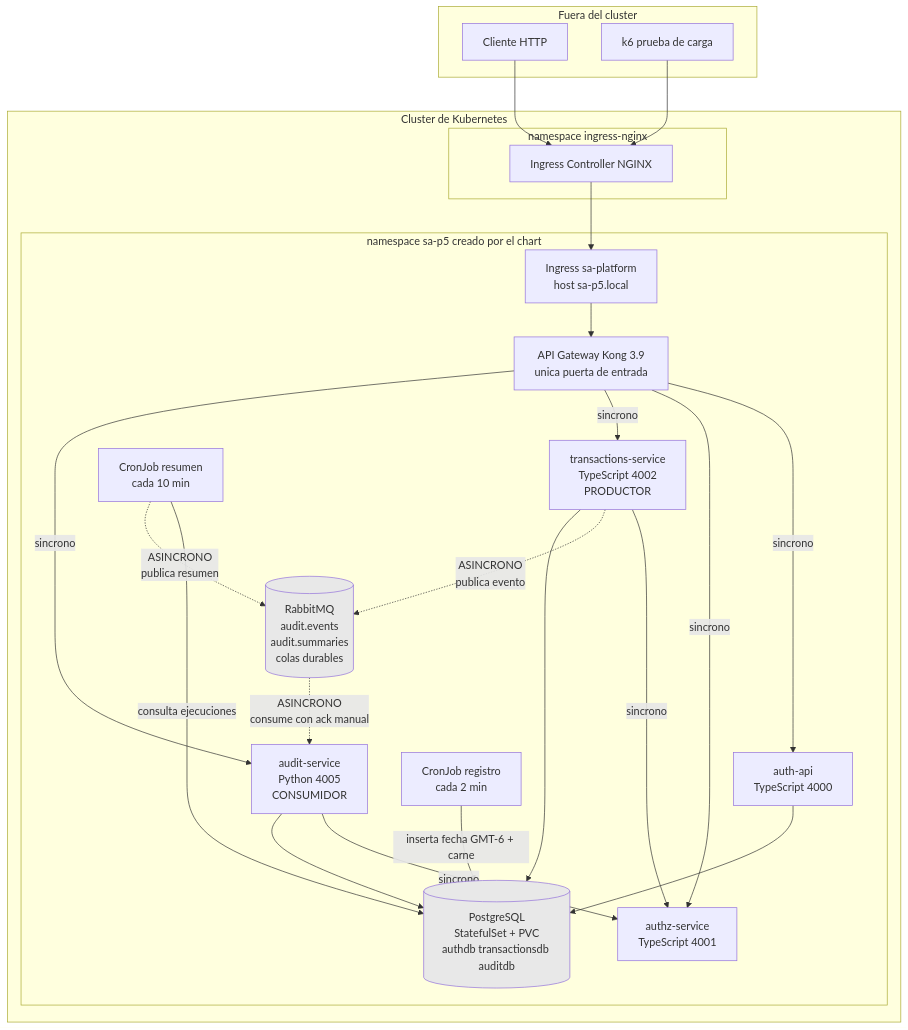
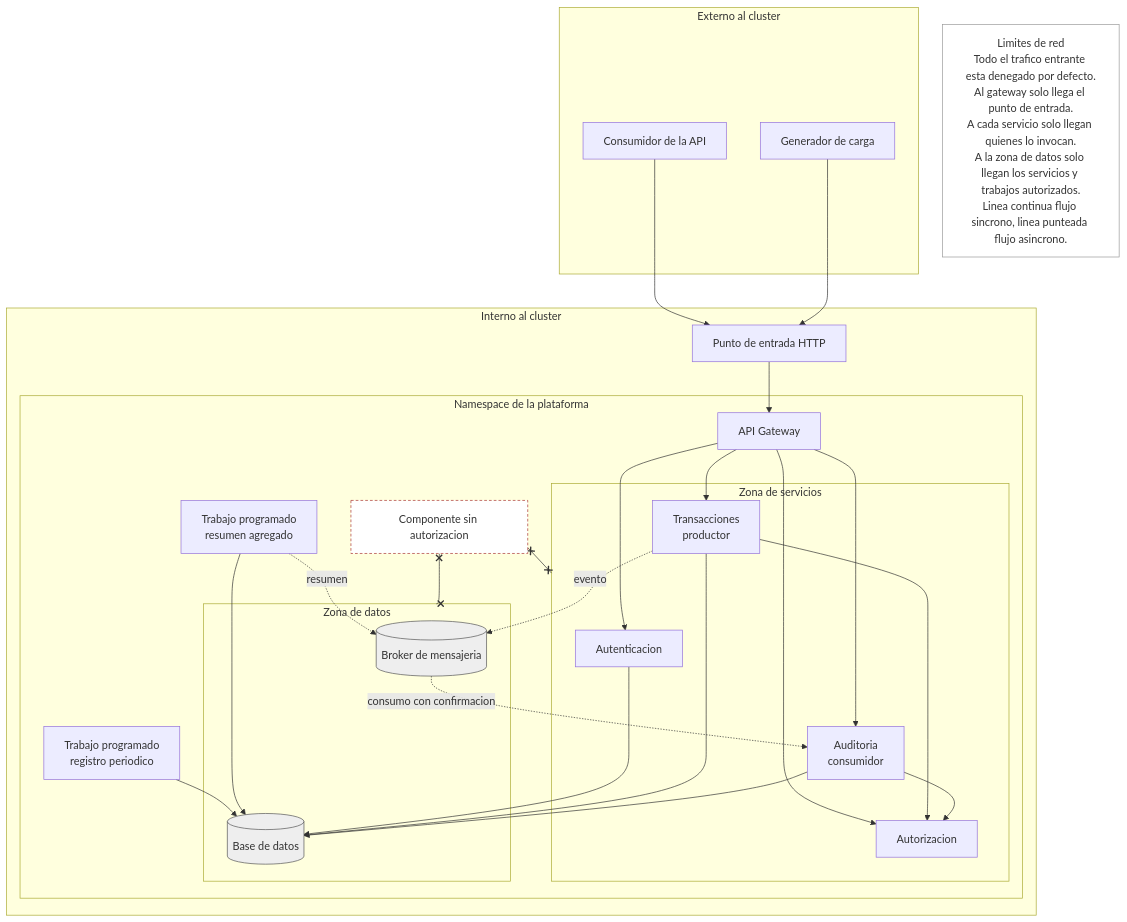
The diagram in P5/documentacion/diagramas/arquitectura.mmd (jaguzaro/Practicas-SA-B-202201395), drawn with Mermaid before and after one commit. The commit also changed 2 other files, not shown here.

```diff
--- a/P5/documentacion/diagramas/arquitectura.mmd
+++ b/P5/documentacion/diagramas/arquitectura.mmd
@@ -1,55 +1,64 @@
 graph TB
-    subgraph externo["Fuera del cluster"]
-        cliente["Cliente HTTP"]
-        k6["k6 prueba de carga"]
+    subgraph externo["Externo al cluster"]
+        cliente["Consumidor de la API"]
+        generador["Generador de carga"]
     end
 
-    subgraph cluster["Cluster de Kubernetes"]
-        subgraph ingns["namespace ingress-nginx"]
-            controller["Ingress Controller NGINX"]
-        end
+    subgraph cluster["Interno al cluster"]
+        entrada["Punto de entrada HTTP"]
 
-        subgraph sap5["namespace sa-p5 creado por el chart"]
-            ingress["Ingress sa-platform<br/>host sa-p5.local"]
-            gateway["API Gateway Kong 3.9<br/>unica puerta de entrada"]
+        subgraph plataforma["Namespace de la plataforma"]
+            gateway["API Gateway"]
 
-            auth["auth-api<br/>TypeScript 4000"]
-            authz["authz-service<br/>TypeScript 4001"]
-            trans["transactions-service<br/>TypeScript 4002<br/>PRODUCTOR"]
-            audit["audit-service<br/>Python 4005<br/>CONSUMIDOR"]
+            subgraph servicios["Zona de servicios"]
+                autenticacion["Autenticacion"]
+                autorizacion["Autorizacion"]
+                transacciones["Transacciones<br/>productor"]
+                auditoria["Auditoria<br/>consumidor"]
+            end
 
-            broker[("RabbitMQ<br/>audit.events<br/>audit.summaries<br/>colas durables")]
-            db[("PostgreSQL<br/>StatefulSet + PVC<br/>authdb transactionsdb auditdb")]
+            subgraph datos["Zona de datos"]
+                broker[("Broker de mensajeria")]
+                basedatos[("Base de datos")]
+            end
 
-            cron1["CronJob registro<br/>cada 2 min"]
-            cron2["CronJob resumen<br/>cada 10 min"]
+            registro["Trabajo programado<br/>registro periodico"]
+            resumen["Trabajo programado<br/>resumen agregado"]
+
+            intruso["Componente sin autorizacion"]
         end
     end
 
-    cliente --> controller
-    k6 --> controller
-    controller --> ingress
-    ingress --> gateway
+    cliente --> entrada
+    generador --> entrada
+    entrada --> gateway
 
-    gateway -->|sincrono| auth
-    gateway -->|sincrono| authz
-    gateway -->|sincrono| trans
-    gateway -->|sincrono| audit
+    gateway --> autenticacion
+    gateway --> autorizacion
+    gateway --> transacciones
+    gateway --> auditoria
 
-    trans -->|sincrono| authz
-    audit -->|sincrono| authz
+    transacciones --> autorizacion
+    auditoria --> autorizacion
 
-    trans -.->|ASINCRONO<br/>publica evento| broker
-    broker -.->|ASINCRONO<br/>consume con ack manual| audit
+    autenticacion --> basedatos
+    transacciones --> basedatos
+    auditoria --> basedatos
+    registro --> basedatos
+    resumen --> basedatos
 
-    cron1 -->|inserta fecha GMT-6 + carne| db
-    cron2 -->|consulta ejecuciones| db
-    cron2 -.->|ASINCRONO<br/>publica resumen| broker
+    transacciones -.->|evento| broker
+    broker -.->|consumo con confirmacion| auditoria
+    resumen -.->|resumen| broker
 
-    auth --> db
-    trans --> db
-    audit --> db
+    intruso x--x servicios
+    intruso x--x datos
 
-    classDef asincrono stroke-dasharray: 5 5
-    classDef datos fill:#e8e8e8
-    class broker,db datos
+    nota["Limites de red<br/>Todo el trafico entrante esta denegado por defecto.<br/>Al gateway solo llega el punto de entrada.<br/>A cada servicio solo llegan quienes lo invocan.<br/>A la zona de datos solo llegan los servicios y trabajos autorizados.<br/>Linea continua flujo sincrono, linea punteada flujo asincrono."]
+
+    classDef almacen fill:#eeeeee,stroke:#555555
+    classDef bloqueado fill:#ffffff,stroke:#aa3333,stroke-dasharray: 4 3
+    classDef leyenda fill:#ffffff,stroke:#999999
+    class broker,basedatos almacen
+    class intruso bloqueado
+    class nota leyenda
```
